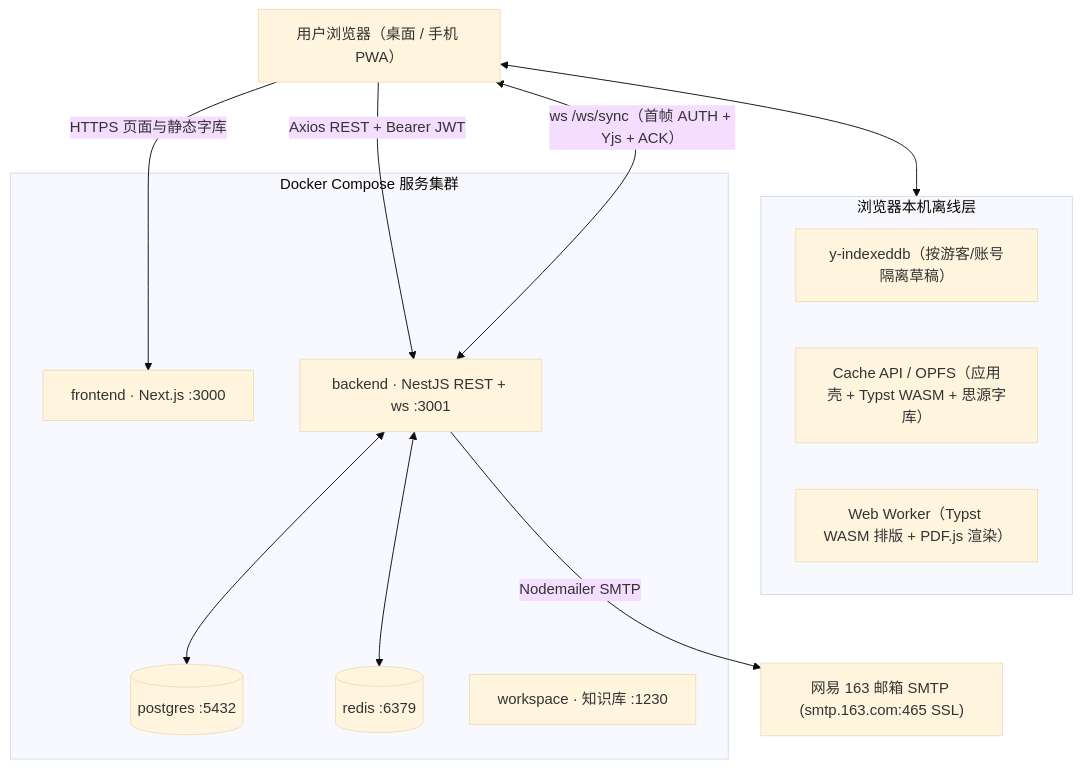
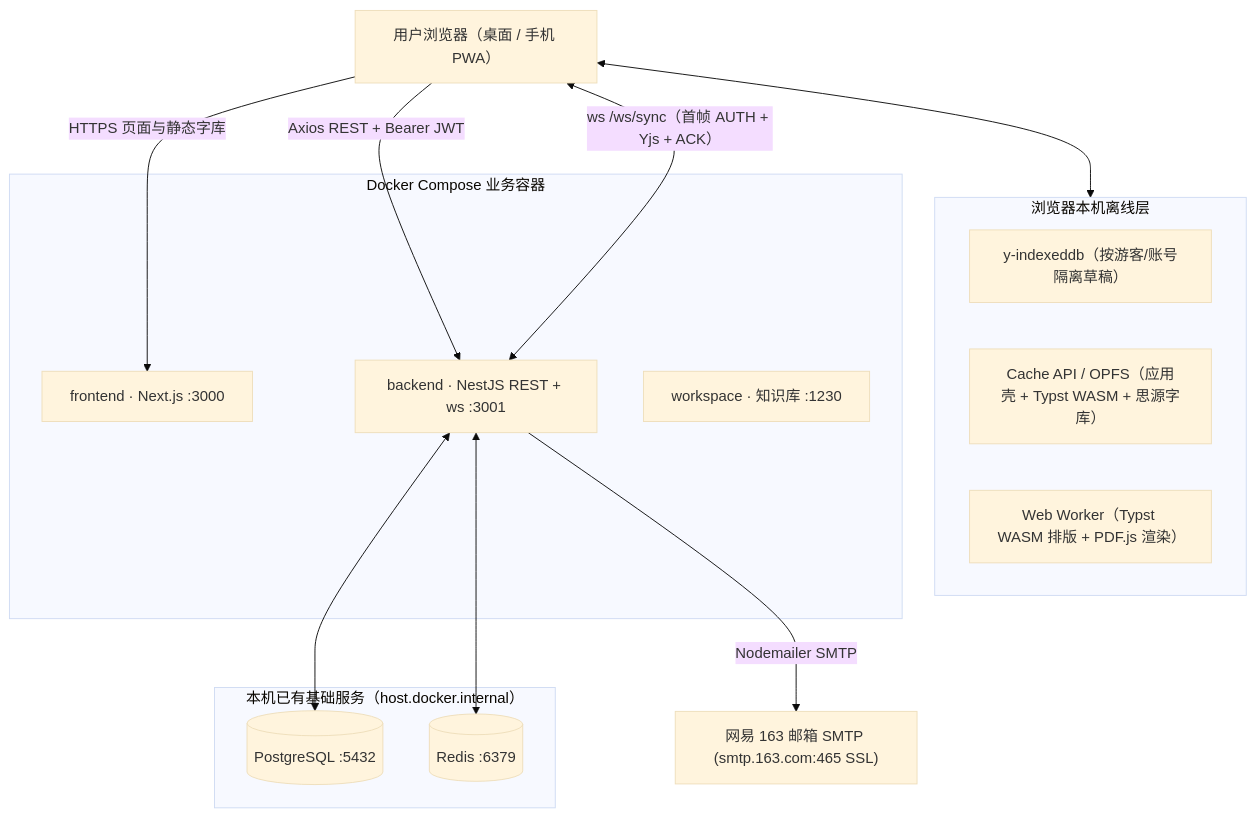
One commit to StephenQiu30/cvory changed the diagram in PROJECT.md. Above: the diagram before and after it, drawn with Mermaid (base theme). The commit also changed other lines of this file and 82 other files, not shown here.

````diff
--- a/PROJECT.md
+++ b/PROJECT.md
@@ -133,28 +133,31 @@
 ```mermaid
 flowchart TB
   Client["用户浏览器（桌面 / 手机 PWA）"]
 
   subgraph Local["浏览器本机离线层"]
     IDB["y-indexeddb（按游客/账号隔离草稿）"]
     Cache["Cache API / OPFS（应用壳 + Typst WASM + 思源字库）"]
     Worker["Web Worker（Typst WASM 排版 + PDF.js 渲染）"]
   end
 
-  subgraph Compose["Docker Compose 服务集群"]
+  subgraph Compose["Docker Compose 业务容器"]
     FE["frontend · Next.js :3000"]
     BE["backend · NestJS REST + ws :3001"]
-    PG[("postgres :5432")]
-    RD[("redis :6379")]
     WS["workspace · 知识库 :1230"]
+  end
+
+  subgraph HostInfra["本机已有基础服务（host.docker.internal）"]
+    PG[("PostgreSQL :5432")]
+    RD[("Redis :6379")]
   end
 
   SMTP["网易 163 邮箱 SMTP (smtp.163.com:465 SSL)"]
 
   Client <--> Local
   Client -->|HTTPS 页面与静态字库| FE
   Client -->|Axios REST + Bearer JWT| BE
   Client <-->|ws /ws/sync（首帧 AUTH + Yjs + ACK）| BE
   BE <--> PG
   BE <--> RD
   BE -->|Nodemailer SMTP| SMTP
 ```
````
